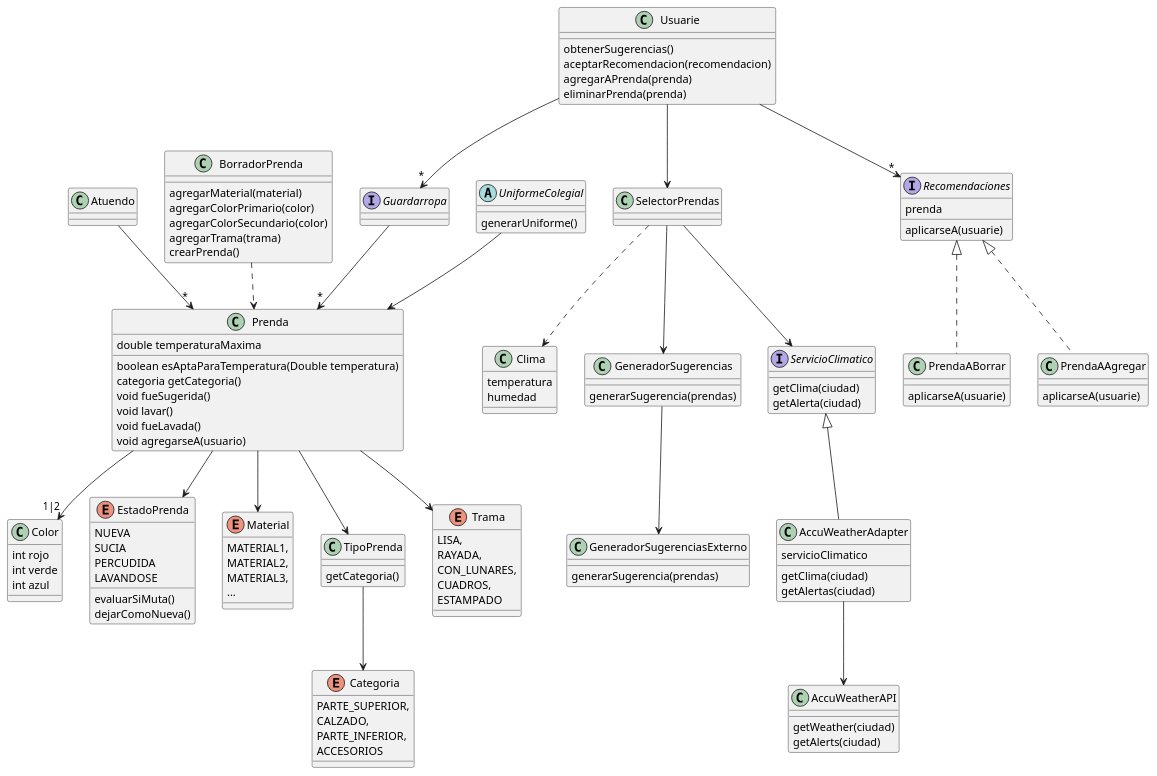
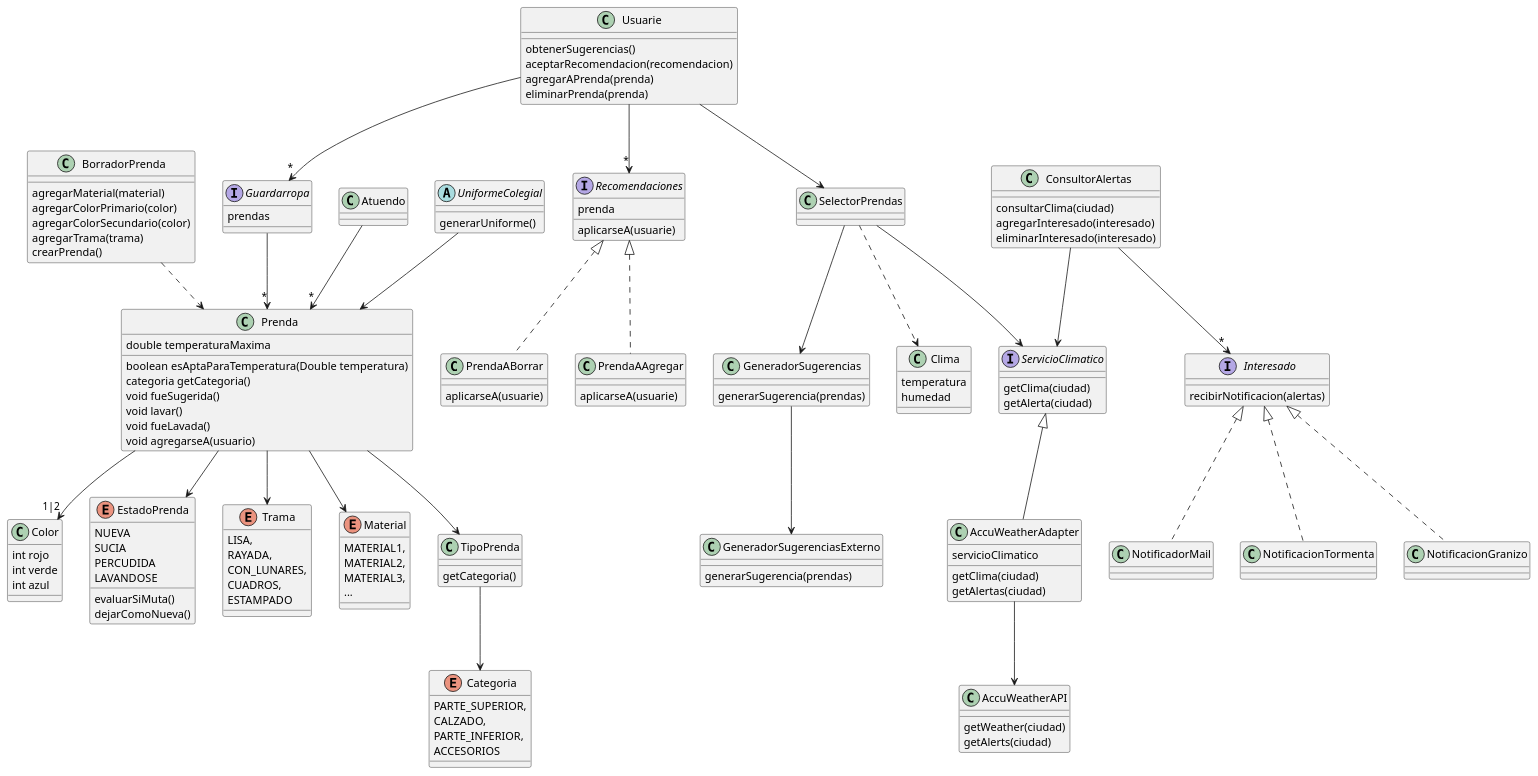
One commit to NPeykov/dds-qmp changed the diagram in uml-code.puml. Above: the diagram before and after it, drawn with PlantUML. The commit also changed 28 other files, not shown here.

```diff
--- a/uml-code.puml
+++ b/uml-code.puml
@@ -1,133 +1,173 @@
 @startuml QMP
+
+'PRENDA Y SUS CARACTERISTICAS
 class Prenda{
   double temperaturaMaxima
 
   boolean esAptaParaTemperatura(Double temperatura)
   categoria getCategoria()
   void fueSugerida()
   void lavar()
   void fueLavada()
   void agregarseA(usuario)
 }
-class AccuWeatherAdapter{
-  servicioClimatico
-  getClima(ciudad)
-  getAlertas(ciudad)
-}
-class AccuWeatherAPI{
-  getWeather(ciudad)
-  getAlerts(ciudad)
-}
-class Atuendo
-class BorradorPrenda{
-  agregarMaterial(material)
-  agregarColorPrimario(color)
-  agregarColorSecundario(color)
-  agregarTrama(trama)
-  crearPrenda()
-}
-enum Categoria{
-  PARTE_SUPERIOR,
-  CALZADO,
-  PARTE_INFERIOR,
-  ACCESORIOS
-}
-class Clima{
-  temperatura
-  humedad
-}
+
 class Color{
   int rojo
   int verde
   int azul
 }
 enum EstadoPrenda{
   NUEVA
   SUCIA
   PERCUDIDA
   LAVANDOSE
 
   evaluarSiMuta()
   dejarComoNueva()
 }
-class GeneradorSugerencias{
-  generarSugerencia(prendas)
-  
+
+enum Trama{
+  LISA,
+  RAYADA,
+  CON_LUNARES,
+  CUADROS,
+  ESTAMPADO
 }
-class GeneradorSugerenciasExterno{
-  generarSugerencia(prendas)
-}
-interface Guardarropa{
 
+enum Categoria{
+  PARTE_SUPERIOR,
+  CALZADO,
+  PARTE_INFERIOR,
+  ACCESORIOS
 }
 
 enum Material{
   MATERIAL1,
   MATERIAL2,
   MATERIAL3,
   ...
 }
-class SelectorPrendas
 
-interface ServicioClimatico{
-  getClima(ciudad)
-  getAlerta(ciudad)
-}
 class TipoPrenda{
   getCategoria()
 }
-enum Trama{
-  LISA,
-  RAYADA,
-  CON_LUNARES,
-  CUADROS,
-  ESTAMPADO
+
+class BorradorPrenda{
+  agregarMaterial(material)
+  agregarColorPrimario(color)
+  agregarColorSecundario(color)
+  agregarTrama(trama)
+  crearPrenda()
 }
-abstract UniformeColegial{
-  generarUniforme()
+
+'USUARIO Y GUARDARROPAS
+interface Guardarropa{
+  prendas
 }
+
+class Atuendo
 
 class Usuarie{
  
   obtenerSugerencias()
   aceptarRecomendacion(recomendacion)
   agregarAPrenda(prenda)
   eliminarPrenda(prenda)
   
 }
+
+'RECOMENDACIONES
 
 interface Recomendaciones{
   prenda
   aplicarseA(usuarie)
 }
 
 class PrendaABorrar{
   aplicarseA(usuarie)
 }
 
 class PrendaAAgregar{
   aplicarseA(usuarie)
 }
+
+'GENERADORES SUGERENCIAS
+
+class GeneradorSugerencias{
+  generarSugerencia(prendas)
+  
+}
+class GeneradorSugerenciasExterno{
+  generarSugerencia(prendas)
+}
+
+class SelectorPrendas
+
+
+abstract UniformeColegial{
+  generarUniforme()
+}
+
+'
+
+'SERVICIO CLIMA
+class AccuWeatherAdapter{
+  servicioClimatico
+  getClima(ciudad)
+  getAlertas(ciudad)
+}
+class AccuWeatherAPI{
+  getWeather(ciudad)
+  getAlerts(ciudad)
+}
+
+class Clima{
+  temperatura
+  humedad
+}
+
+interface ServicioClimatico{
+  getClima(ciudad)
+  getAlerta(ciudad)
+}
+
+'CONSULTAS ALERTAS
+interface Interesado{
+  recibirNotificacion(alertas)
+}
+
+class ConsultorAlertas{
+  consultarClima(ciudad)
+  agregarInteresado(interesado)
+  eliminarInteresado(interesado)
+}
+
+ConsultorAlertas --> ServicioClimatico
+ConsultorAlertas --> "*" Interesado
+Interesado <|.. NotificadorMail
+Interesado <|.. NotificacionTormenta
+Interesado <|.. NotificacionGranizo
 
 Prenda --> TipoPrenda
 Prenda --> Material
 Prenda --> Trama
 Prenda -->"1|2" Color
 Prenda --> EstadoPrenda
 TipoPrenda --> Categoria
 Atuendo -->"*" Prenda
 BorradorPrenda ..> Prenda
 AccuWeatherAdapter --> AccuWeatherAPI
 ServicioClimatico <|-- AccuWeatherAdapter
 Guardarropa -->"*" Prenda
 Usuarie -->"*" Guardarropa
 Usuarie --> SelectorPrendas
 SelectorPrendas --> ServicioClimatico
 SelectorPrendas --> GeneradorSugerencias
 GeneradorSugerencias --> GeneradorSugerenciasExterno
 SelectorPrendas ..> Clima
 UniformeColegial --> Prenda
 Usuarie -->"*" Recomendaciones
 Recomendaciones <|.. PrendaAAgregar
 Recomendaciones <|.. PrendaABorrar
 @enduml
```
